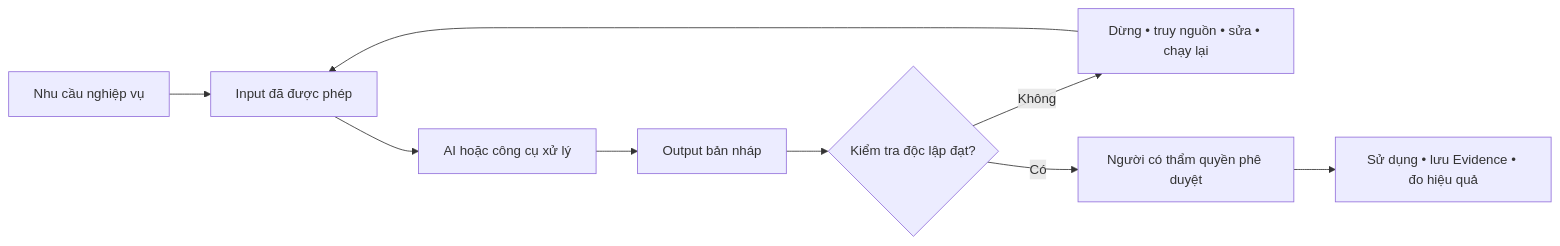
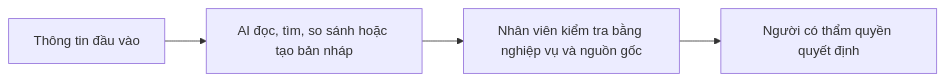
One commit to huynv81/git changed the first of 3 diagrams in Cam_nang_AI_cho_nhan_su_khong_chuyen_IT_ke_toan_marketing.md. Above: the diagram before and after it, drawn with Mermaid. The commit also changed other lines of this file, not shown here.

````diff
--- a/Cam_nang_AI_cho_nhan_su_khong_chuyen_IT_ke_toan_marketing.md
+++ b/Cam_nang_AI_cho_nhan_su_khong_chuyen_IT_ke_toan_marketing.md
@@ -34,11 +26,6 @@
 ```mermaid
 flowchart LR
-    A["Nhu cầu nghiệp vụ"] --> B["Input đã được phép"]
-    B --> C["AI hoặc công cụ xử lý"]
-    C --> D["Output bản nháp"]
-    D --> E{"Kiểm tra độc lập đạt?"}
-    E -- "Không" --> F["Dừng • truy nguồn • sửa • chạy lại"]
-    F --> B
-    E -- "Có" --> G["Người có thẩm quyền phê duyệt"]
-    G --> H["Sử dụng • lưu Evidence • đo hiệu quả"]
+    A[Thông tin đầu vào] --> B[AI đọc, tìm, so sánh hoặc tạo bản nháp]
+    B --> C[Nhân viên kiểm tra bằng nghiệp vụ và nguồn gốc]
+    C --> D[Người có thẩm quyền quyết định]
 ```
````
